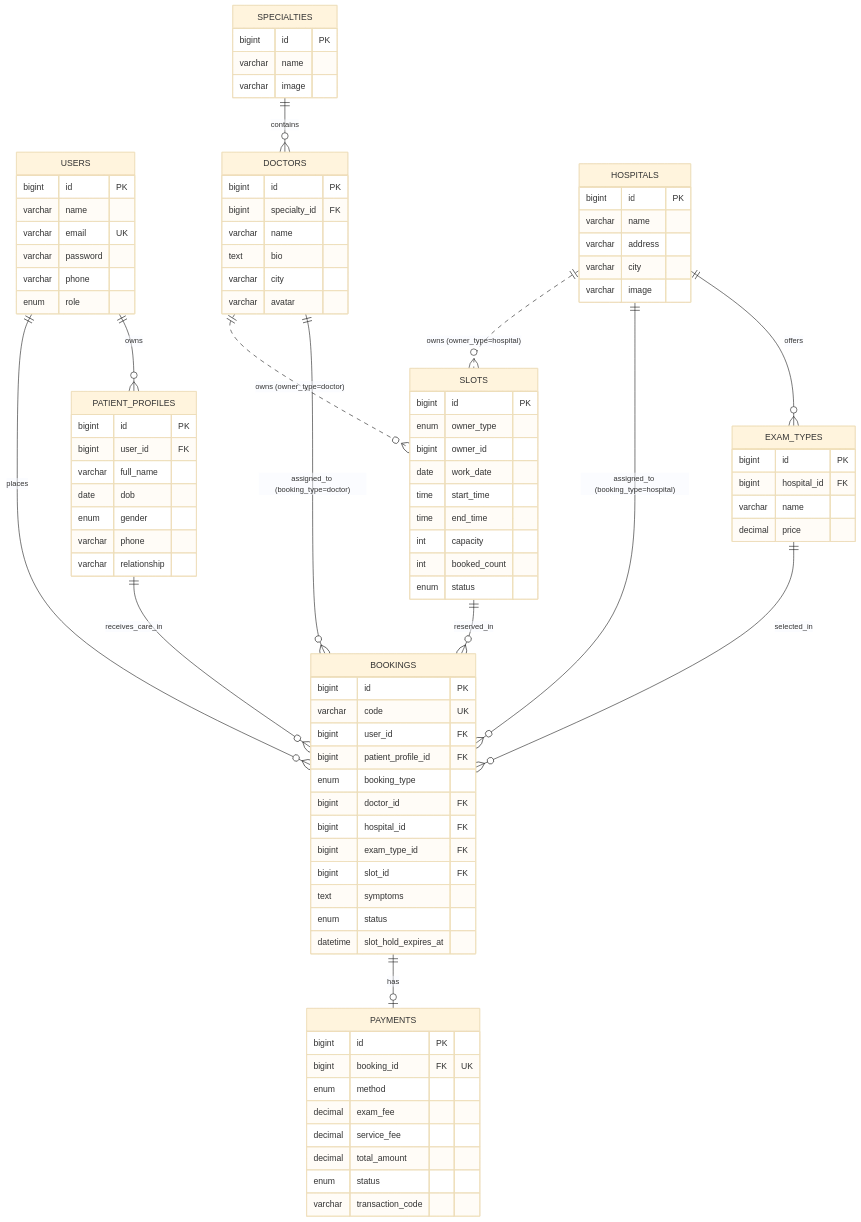
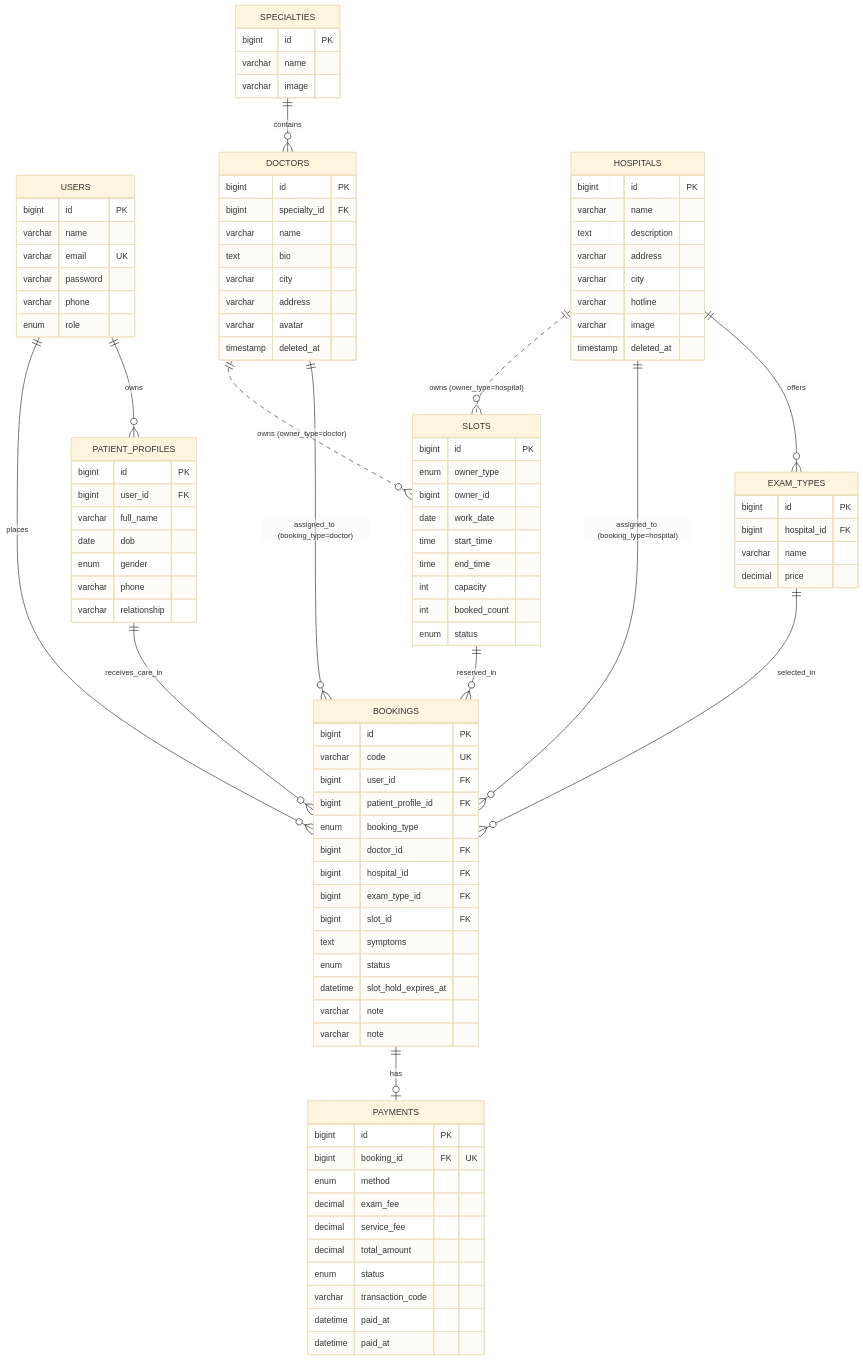
One commit to th4nhc0n999/Mini-Project-IS207 changed the diagram in docs/database-schema.md. Above: the diagram before and after it, drawn with Mermaid (base theme). The commit also changed other lines of this file and 33 other files, not shown here.

Commit message:
chore(database): add initial database schema

````diff
--- a/docs/database-schema.md
+++ b/docs/database-schema.md
@@ -48,14 +48,19 @@
         varchar name
         text bio
         varchar city
+        varchar address
         varchar avatar
+        timestamp deleted_at
     }
     HOSPITALS {
         bigint id PK
         varchar name
+        text description
         varchar address
         varchar city
+        varchar hotline
         varchar image
+        timestamp deleted_at
     }
     EXAM_TYPES {
         bigint id PK
@@ -87,6 +92,8 @@
         text symptoms
         enum status
         datetime slot_hold_expires_at
+        varchar note
+        varchar note
     }
     PAYMENTS {
         bigint id PK
@@ -97,5 +104,7 @@
         decimal total_amount
         enum status
         varchar transaction_code
+        datetime paid_at
+        datetime paid_at
     }
 ```
````
